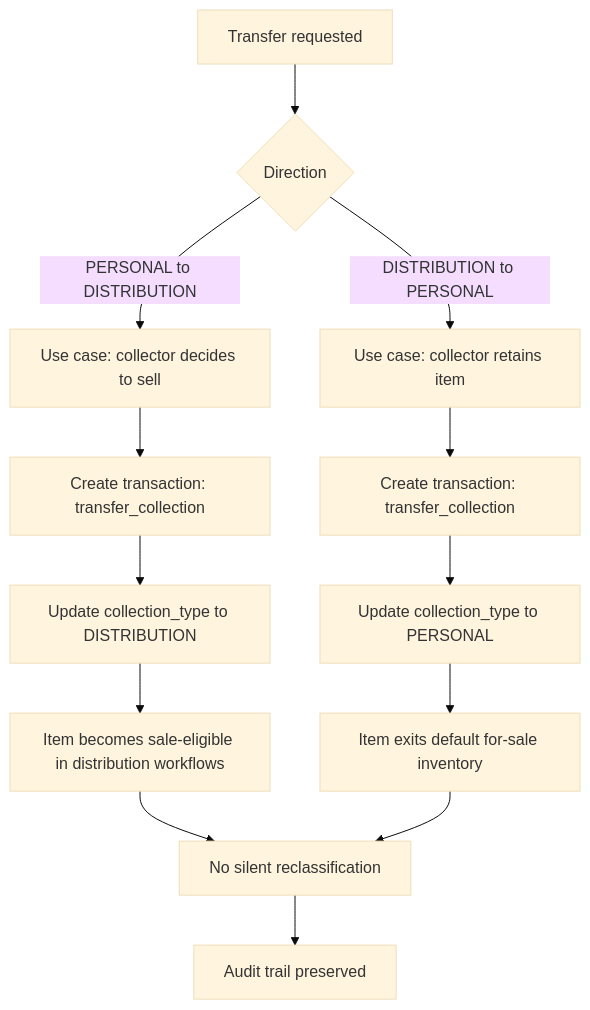
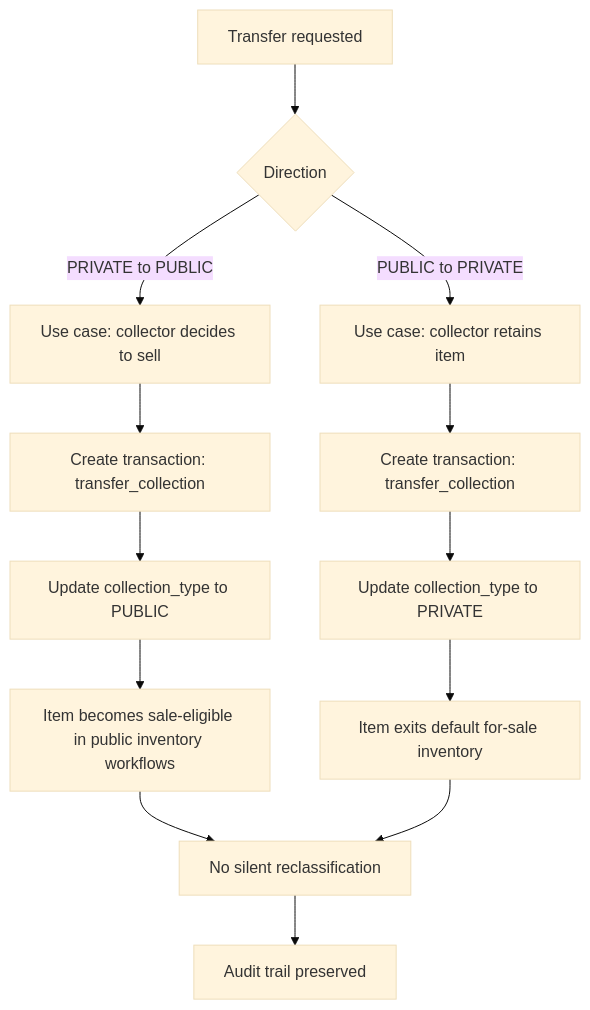
The first of 2 diagrams in docs/design.md (vrwmiller/records), drawn with Mermaid (base theme) before and after one commit. The commit also changed other lines of this file and 15 other files, not shown here.

First line of the commit message:
feat: rename collection types PERSONAL/DISTRIBUTION to PRIVATE/PUBLIC

````diff
--- a/docs/design.md
+++ b/docs/design.md
@@ -285,18 +285,18 @@
 ```mermaid
 flowchart TD
   A[Transfer requested] --> B{Direction}
 
-  B -->|PERSONAL to DISTRIBUTION| C[Use case: collector decides to sell]
+  B -->|PRIVATE to PUBLIC| C[Use case: collector decides to sell]
   C --> D[Create transaction: transfer_collection]
-  D --> E[Update collection_type to DISTRIBUTION]
-  E --> F[Item becomes sale-eligible in distribution workflows]
+  D --> E[Update collection_type to PUBLIC]
+  E --> F[Item becomes sale-eligible in public inventory workflows]
 
-  B -->|DISTRIBUTION to PERSONAL| G[Use case: collector retains item]
+  B -->|PUBLIC to PRIVATE| G[Use case: collector retains item]
   G --> H[Create transaction: transfer_collection]
-  H --> I[Update collection_type to PERSONAL]
+  H --> I[Update collection_type to PRIVATE]
   I --> J[Item exits default for-sale inventory]
 
   F --> K[No silent reclassification]
   J --> K
   K --> L[Audit trail preserved]
 ```
````
